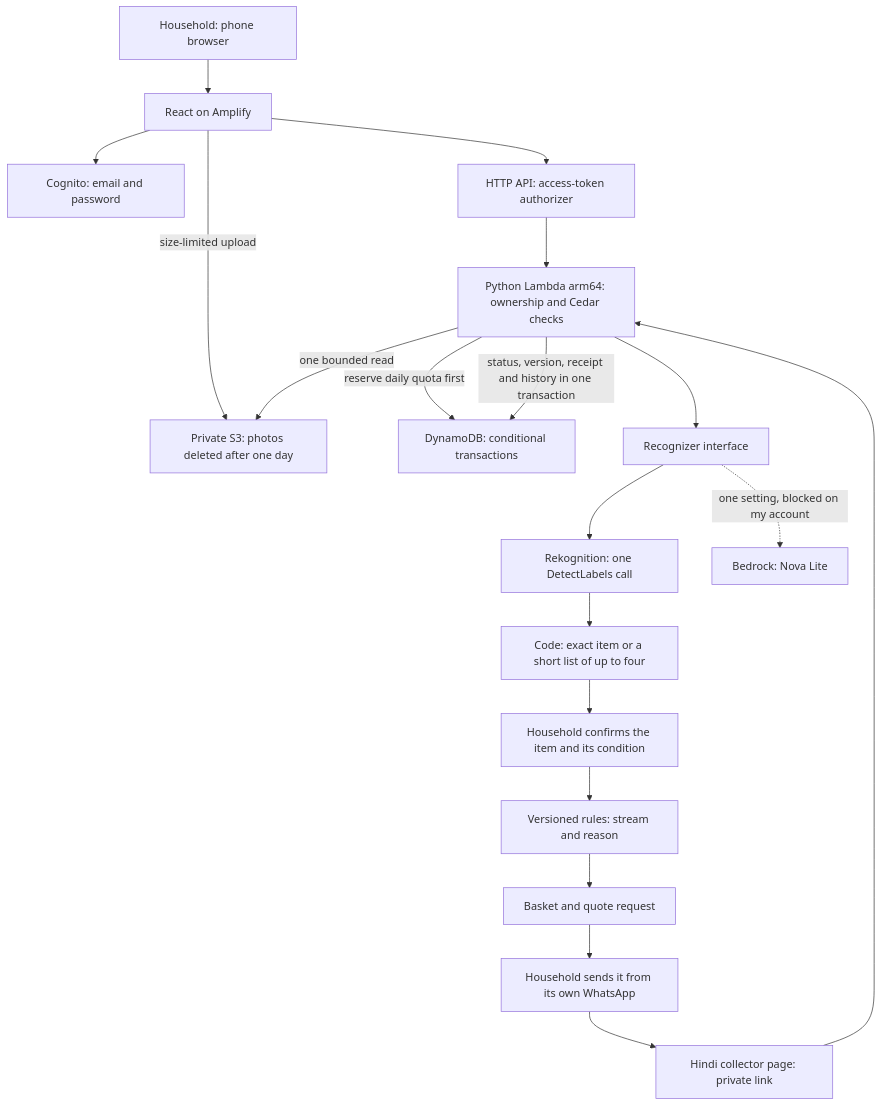
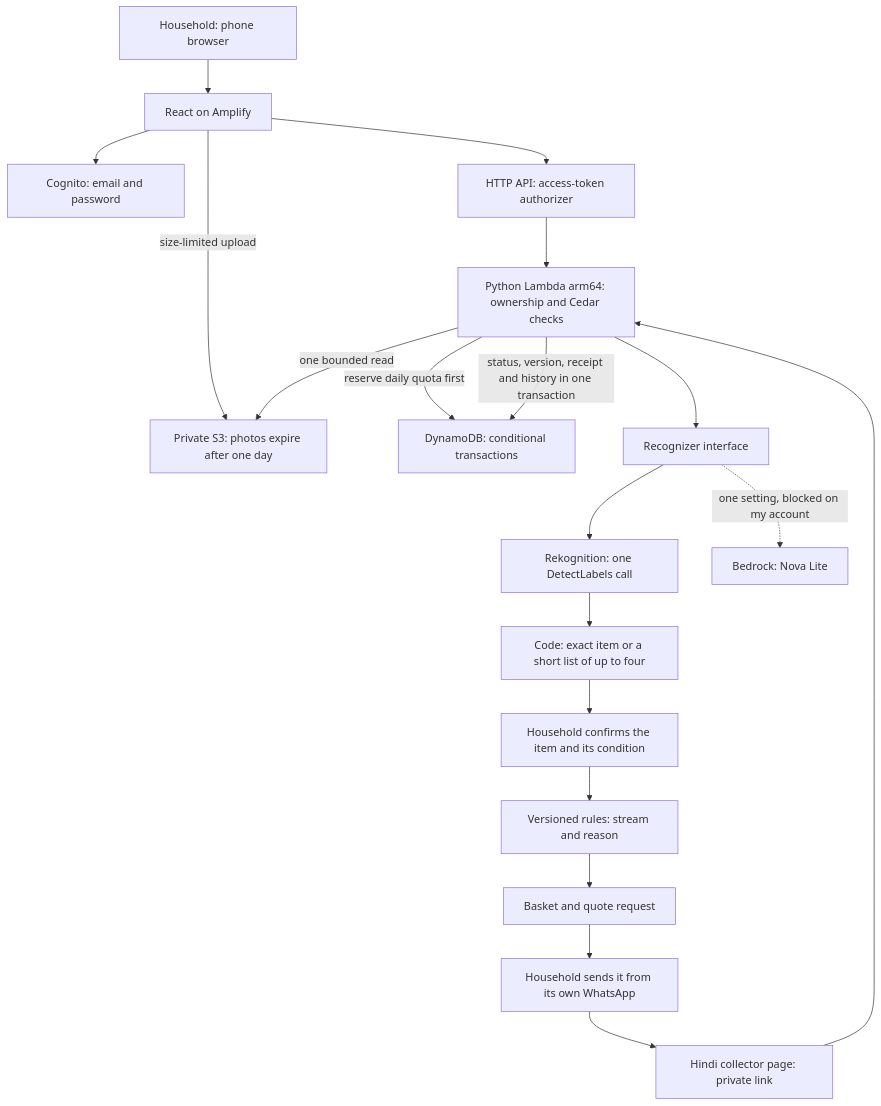
The diagram in README.md (Anish033-coder/kabadi-setu), drawn with Mermaid before and after one commit. The commit also changed other lines of this file and 3 other files, not shown here.

````diff
--- a/README.md
+++ b/README.md
@@ -57,21 +57,21 @@
 ```mermaid
 flowchart TD
     H[Household: phone browser] --> F[React on Amplify]
     F --> C[Cognito: email and password]
     F --> A[HTTP API: access-token authorizer]
     A --> L[Python Lambda arm64: ownership and Cedar checks]
-    F -->|size-limited upload| S[Private S3: photos deleted after one day]
+    F -->|size-limited upload| S[Private S3: photos expire after one day]
     L -->|one bounded read| S
     L -->|reserve daily quota first| D[DynamoDB: conditional transactions]
     L --> R[Recognizer interface]
     R --> K[Rekognition: one DetectLabels call]
     R -. one setting, blocked on my account .-> B[Bedrock: Nova Lite]
     K --> M[Code: exact item or a short list of up to four]
     M --> U[Household confirms the item and its condition]
     U --> Q[Versioned rules: stream and reason]
     Q --> T[Basket and quote request]
     T --> W[Household sends it from its own WhatsApp]
     W --> P[Hindi collector page: private link]
     P --> L
     L -->|status, version, receipt and history in one transaction| D
 ```
````
